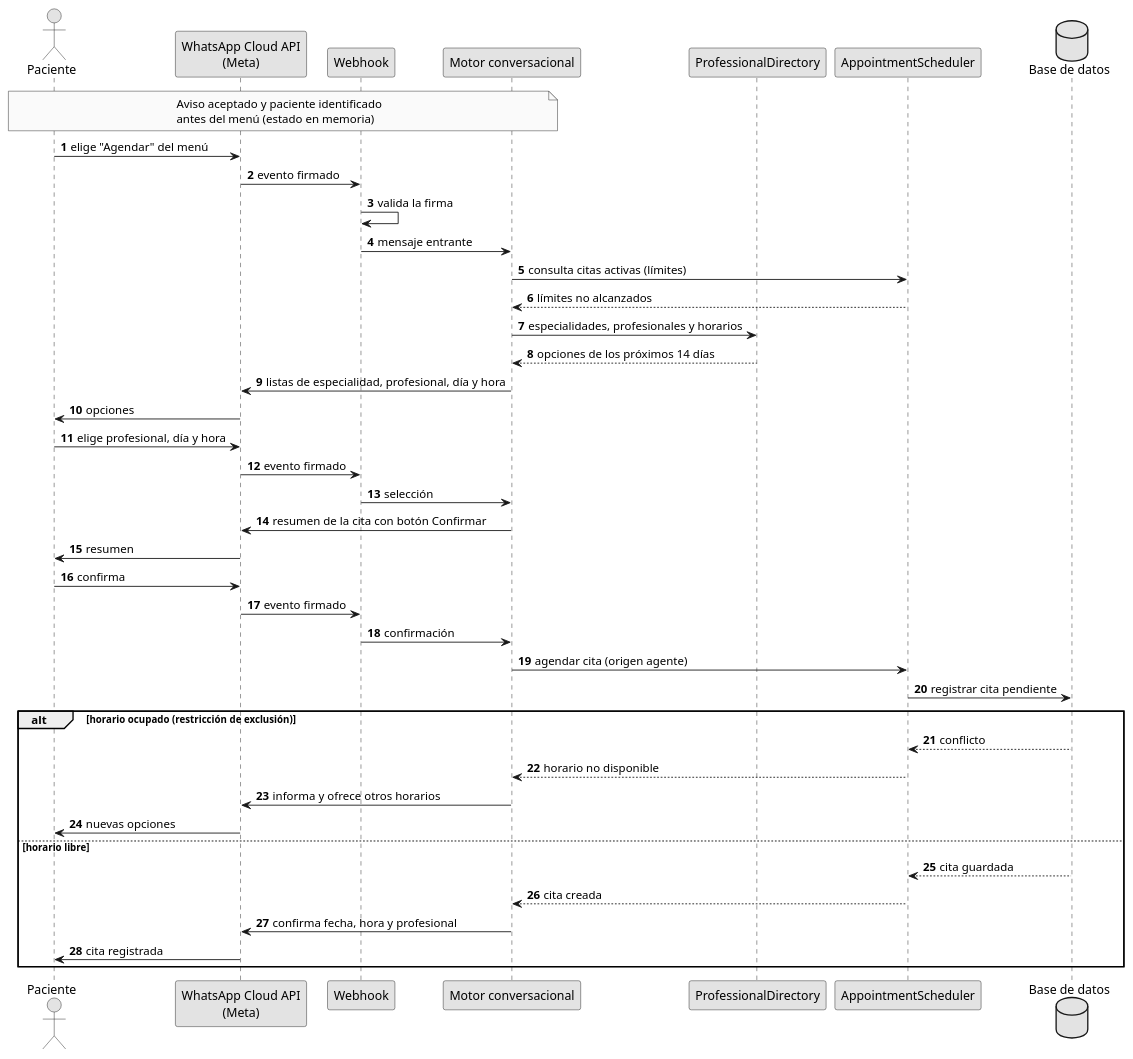
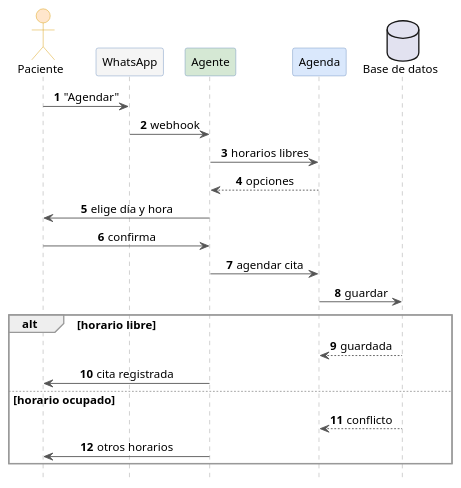
One commit to JaviFiallos/bachelor-latex-thesis changed the diagram in diagramas/plantuml/secuencia_agendar.puml. Above: the diagram before and after it, drawn with PlantUML. The commit also changed 9 other files, not shown here.

First line of the commit message:
Se simplifican los diagramas del Objetivo 2 y se les asigna una paleta de colores

```diff
--- a/diagramas/plantuml/secuencia_agendar.puml
+++ b/diagramas/plantuml/secuencia_agendar.puml
@@ -1,52 +1,42 @@
 @startuml secuencia_agendar
+skinparam shadowing false
+skinparam backgroundColor white
+skinparam defaultFontName Arial
+skinparam defaultFontSize 13
+skinparam sequenceMessageAlign center
+skinparam ArrowColor #555555
+skinparam sequence {
+  LifeLineBorderColor #999999
+  ParticipantBorderColor #6C8EBF
+  ParticipantBackgroundColor #DAE8FC
+  ActorBorderColor #D79B00
+  ActorBackgroundColor #FFE6CC
+  DatabaseBorderColor #9673A6
+  DatabaseBackgroundColor #E1D5E7
+  GroupBorderColor #999999
+}
+autonumber
+hide footbox
 
-skinparam monochrome true
-skinparam shadowing false
-skinparam defaultFontName Arial
-autonumber
-
-actor "Paciente" as Paciente
-participant "WhatsApp Cloud API\n(Meta)" as Meta
-participant "Webhook" as Webhook
-participant "Motor conversacional" as Motor
-participant "ProfessionalDirectory" as Profesionales
-participant "AppointmentScheduler" as Agenda
+actor "Paciente" as P
+participant "WhatsApp" as W #F5F5F5
+participant "Agente" as A #D5E8D4
+participant "Agenda" as G
 database "Base de datos" as BD
 
-note over Paciente, Motor
-  Aviso aceptado y paciente identificado
-  antes del menú (estado en memoria)
-end note
-
-Paciente -> Meta : elige "Agendar" del menú
-Meta -> Webhook : evento firmado
-Webhook -> Webhook : valida la firma
-Webhook -> Motor : mensaje entrante
-Motor -> Agenda : consulta citas activas (límites)
-Agenda --> Motor : límites no alcanzados
-Motor -> Profesionales : especialidades, profesionales y horarios
-Profesionales --> Motor : opciones de los próximos 14 días
-Motor -> Meta : listas de especialidad, profesional, día y hora
-Meta -> Paciente : opciones
-Paciente -> Meta : elige profesional, día y hora
-Meta -> Webhook : evento firmado
-Webhook -> Motor : selección
-Motor -> Meta : resumen de la cita con botón Confirmar
-Meta -> Paciente : resumen
-Paciente -> Meta : confirma
-Meta -> Webhook : evento firmado
-Webhook -> Motor : confirmación
-Motor -> Agenda : agendar cita (origen agente)
-Agenda -> BD : registrar cita pendiente
-alt horario ocupado (restricción de exclusión)
-  BD --> Agenda : conflicto
-  Agenda --> Motor : horario no disponible
-  Motor -> Meta : informa y ofrece otros horarios
-  Meta -> Paciente : nuevas opciones
-else horario libre
-  BD --> Agenda : cita guardada
-  Agenda --> Motor : cita creada
-  Motor -> Meta : confirma fecha, hora y profesional
-  Meta -> Paciente : cita registrada
+P -> W : "Agendar"
+W -> A : webhook
+A -> G : horarios libres
+G --> A : opciones
+A -> P : elige día y hora
+P -> A : confirma
+A -> G : agendar cita
+G -> BD : guardar
+alt horario libre
+  BD --> G : guardada
+  A -> P : cita registrada
+else horario ocupado
+  BD --> G : conflicto
+  A -> P : otros horarios
 end
 @enduml
```
